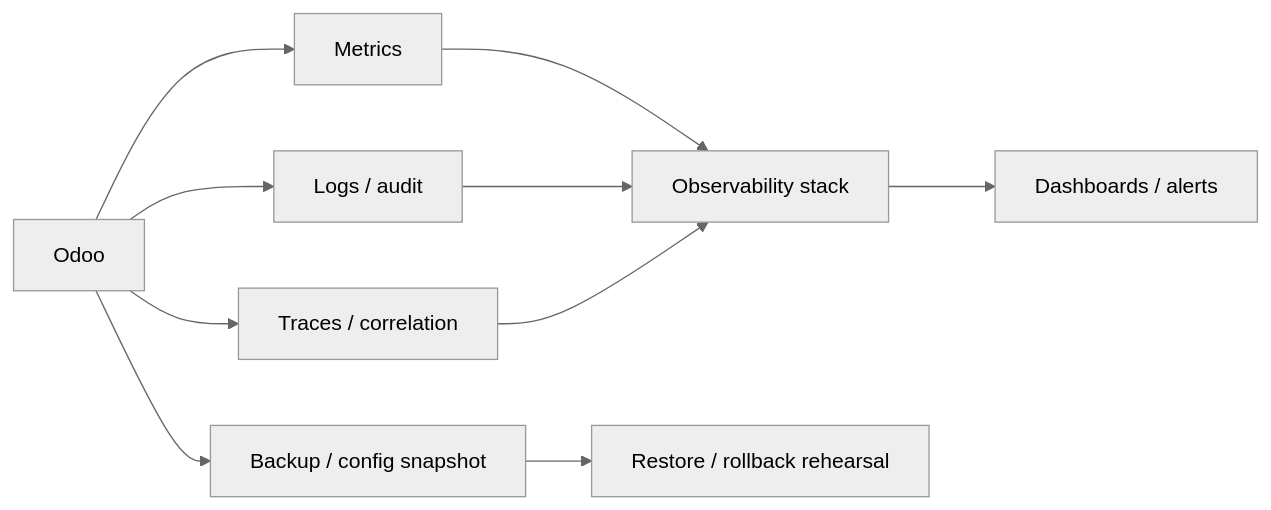
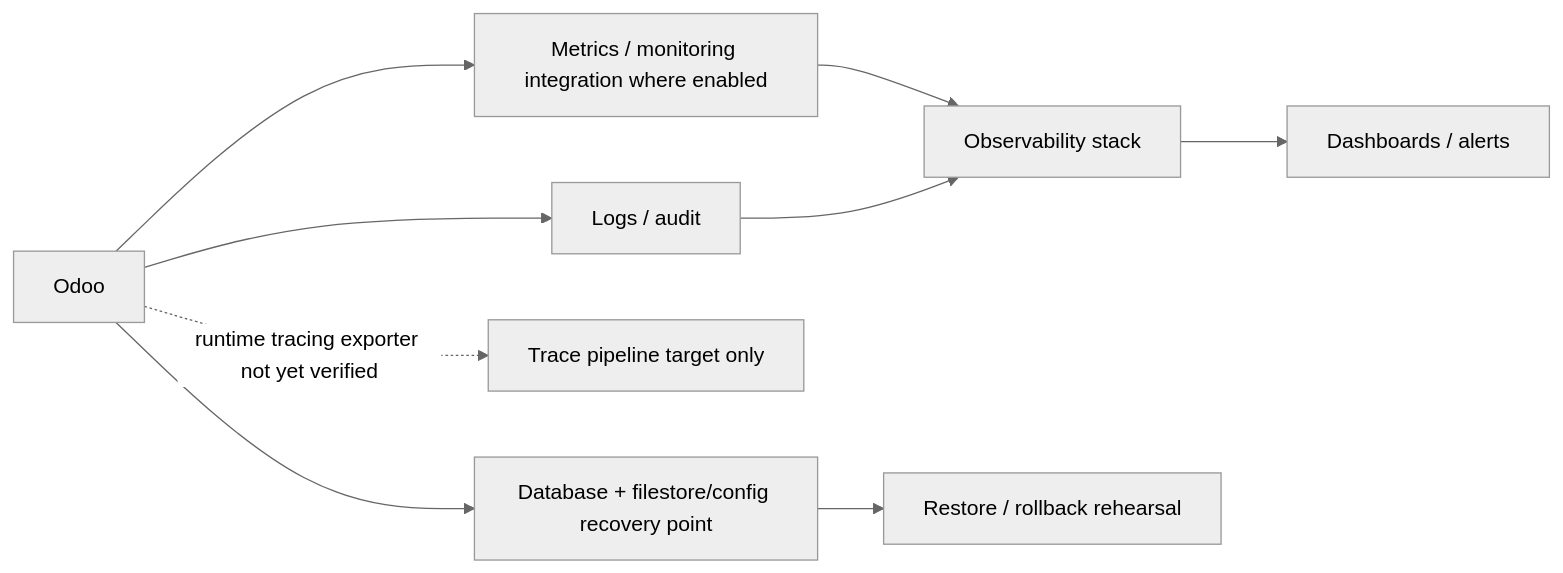
One commit to appolon1908/Odoo changed the fifth of 5 diagrams in docs/ARCHITECTURE-CHARTS.md. Above: the diagram before and after it, drawn with Mermaid (neutral theme). The commit also changed other lines of this file, not shown here.

Commit message:
docs: align architecture charts with repository authority

````diff
--- a/docs/ARCHITECTURE-CHARTS.md
+++ b/docs/ARCHITECTURE-CHARTS.md
@@ -61,12 +63,11 @@
 ```mermaid
 flowchart LR
- R["Odoo"] --> M["Metrics"]
+ R["Odoo"] --> M["Metrics / monitoring integration where enabled"]
  R --> L["Logs / audit"]
- R --> T["Traces / correlation"]
+ R -. "runtime tracing exporter not yet verified" .-> T["Trace pipeline target only"]
  M --> O["Observability stack"]
  L --> O
- T --> O
  O --> A["Dashboards / alerts"]
- R --> B["Backup / config snapshot"]
+ R --> B["Database + filestore/config recovery point"]
  B --> RR["Restore / rollback rehearsal"]
 ```
````
